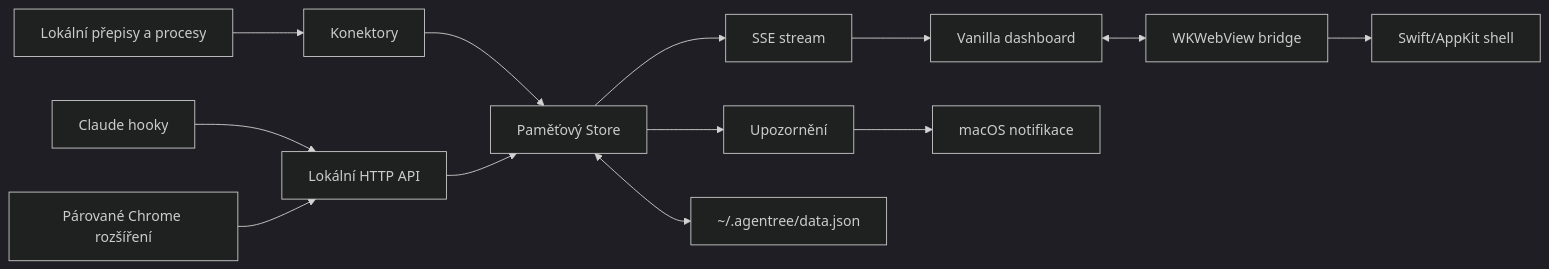
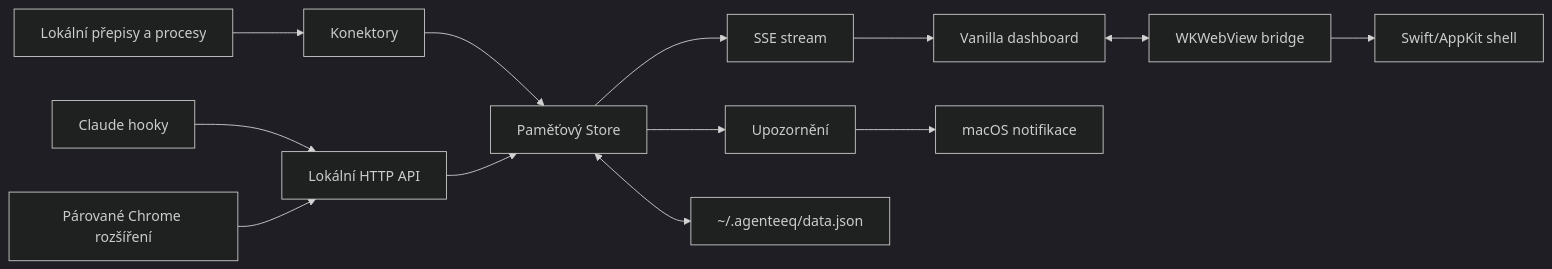
One commit to martin-pok/agentree changed the diagram in docs/PRODUCT-AND-ARCHITECTURE.md. Above: the diagram before and after it, drawn with Mermaid (dark theme). The commit also changed other lines of this file and 104 other files, not shown here.

````diff
--- a/docs/PRODUCT-AND-ARCHITECTURE.md
+++ b/docs/PRODUCT-AND-ARCHITECTURE.md
@@ -69,15 +69,15 @@
 ```mermaid
 flowchart LR
   Files[Lokální přepisy a procesy] --> Connectors[Konektory]
   Hooks[Claude hooky] --> API[Lokální HTTP API]
   Extension[Párované Chrome rozšíření] --> API
   Connectors --> Store[Paměťový Store]
   API --> Store
   Store --> SSE[SSE stream]
   Store --> Alerts[Upozornění]
-  Store <--> Data[~/.agentree/data.json]
+  Store <--> Data[~/.agenteeq/data.json]
   SSE --> Web[Vanilla dashboard]
   Alerts --> Native[macOS notifikace]
   Web <--> Bridge[WKWebView bridge]
   Bridge --> NativeApp[Swift/AppKit shell]
 ```
````
